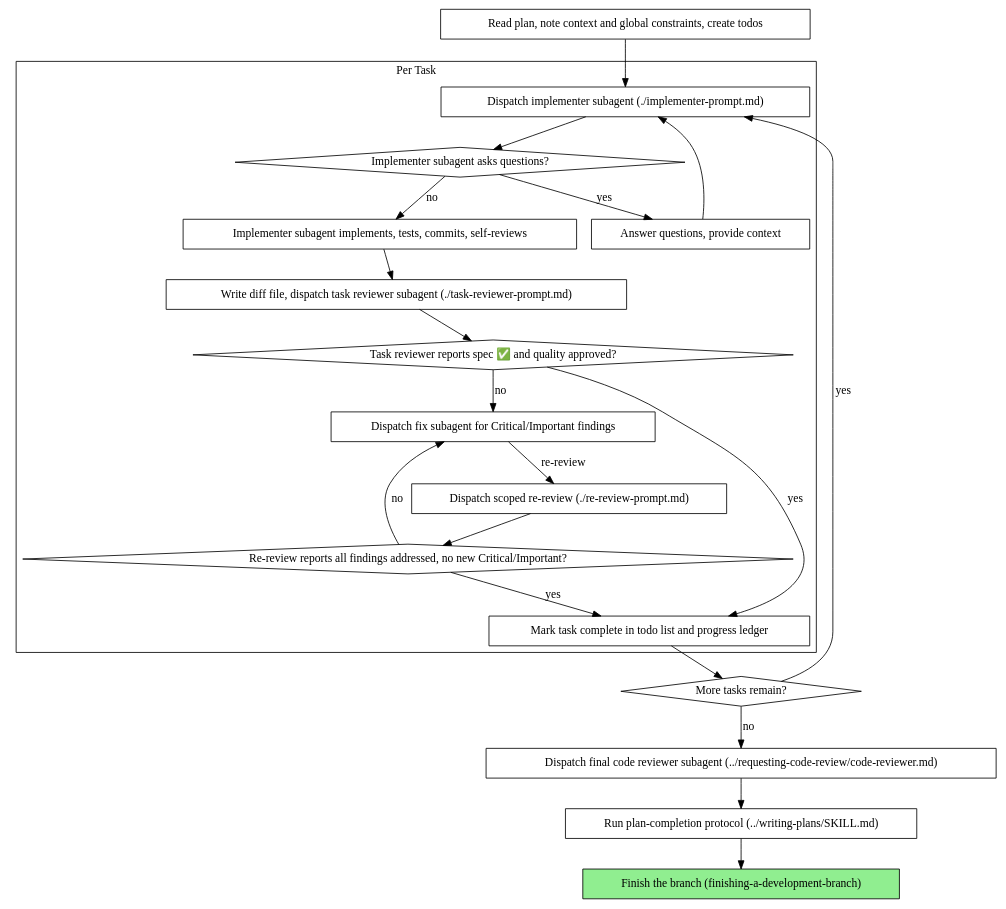
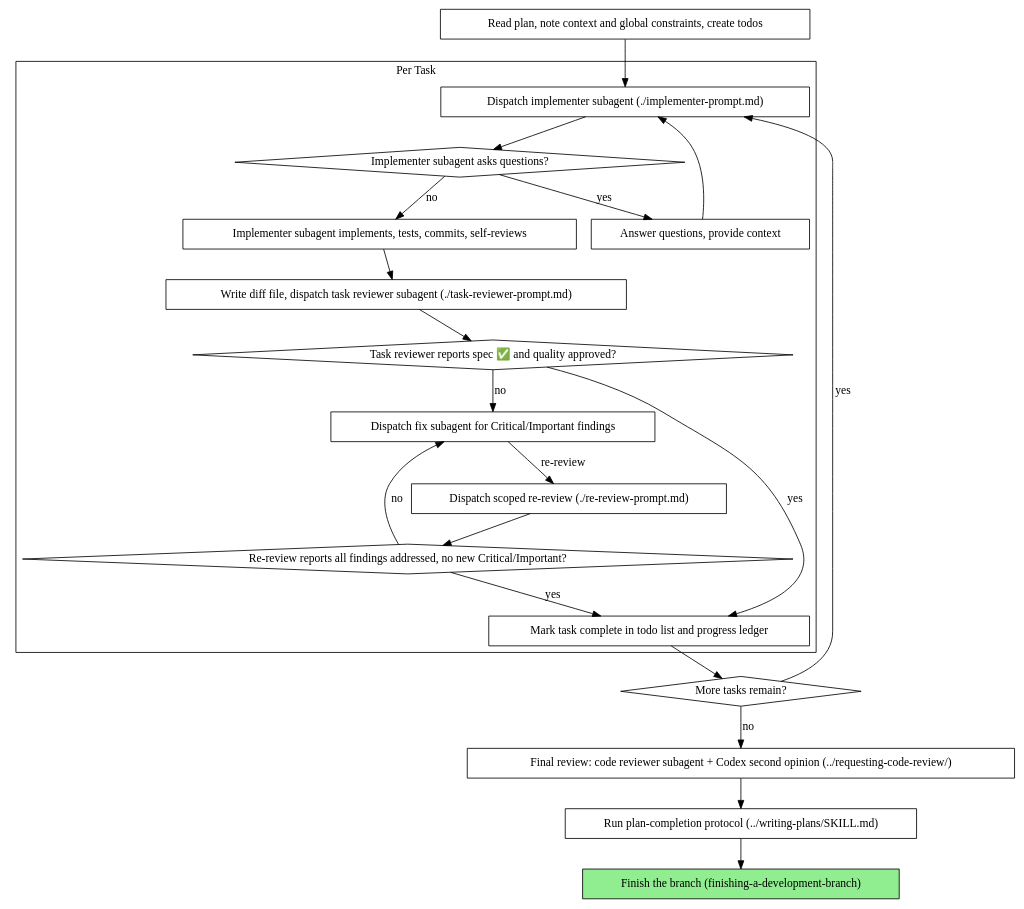
Before and after one commit to lowmason/agent-skills: the second of 2 diagrams in skills/subagent-driven-development/SKILL.md, drawn with Graphviz. The commit also changed other lines of this file and 6 other files, not shown here.

````diff
--- a/skills/subagent-driven-development/SKILL.md
+++ b/skills/subagent-driven-development/SKILL.md
@@ -52,44 +52,44 @@
 ```dot
 digraph process {
     rankdir=TB;
 
     subgraph cluster_per_task {
         label="Per Task";
         "Dispatch implementer subagent (./implementer-prompt.md)" [shape=box];
         "Implementer subagent asks questions?" [shape=diamond];
         "Answer questions, provide context" [shape=box];
         "Implementer subagent implements, tests, commits, self-reviews" [shape=box];
         "Write diff file, dispatch task reviewer subagent (./task-reviewer-prompt.md)" [shape=box];
         "Task reviewer reports spec ✅ and quality approved?" [shape=diamond];
         "Dispatch fix subagent for Critical/Important findings" [shape=box];
         "Dispatch scoped re-review (./re-review-prompt.md)" [shape=box];
         "Re-review reports all findings addressed, no new Critical/Important?" [shape=diamond];
         "Mark task complete in todo list and progress ledger" [shape=box];
     }
 
     "Read plan, note context and global constraints, create todos" [shape=box];
     "More tasks remain?" [shape=diamond];
-    "Dispatch final code reviewer subagent (../requesting-code-review/code-reviewer.md)" [shape=box];
+    "Final review: code reviewer subagent + Codex second opinion (../requesting-code-review/)" [shape=box];
     "Run plan-completion protocol (../writing-plans/SKILL.md)" [shape=box];
     "Finish the branch (finishing-a-development-branch)" [shape=box style=filled fillcolor=lightgreen];
 
     "Read plan, note context and global constraints, create todos" -> "Dispatch implementer subagent (./implementer-prompt.md)";
     "Dispatch implementer subagent (./implementer-prompt.md)" -> "Implementer subagent asks questions?";
     "Implementer subagent asks questions?" -> "Answer questions, provide context" [label="yes"];
     "Answer questions, provide context" -> "Dispatch implementer subagent (./implementer-prompt.md)";
     "Implementer subagent asks questions?" -> "Implementer subagent implements, tests, commits, self-reviews" [label="no"];
     "Implementer subagent implements, tests, commits, self-reviews" -> "Write diff file, dispatch task reviewer subagent (./task-reviewer-prompt.md)";
     "Write diff file, dispatch task reviewer subagent (./task-reviewer-prompt.md)" -> "Task reviewer reports spec ✅ and quality approved?";
     "Task reviewer reports spec ✅ and quality approved?" -> "Dispatch fix subagent for Critical/Important findings" [label="no"];
     "Task reviewer reports spec ✅ and quality approved?" -> "Mark task complete in todo list and progress ledger" [label="yes"];
     "Dispatch fix subagent for Critical/Important findings" -> "Dispatch scoped re-review (./re-review-prompt.md)" [label="re-review"];
     "Dispatch scoped re-review (./re-review-prompt.md)" -> "Re-review reports all findings addressed, no new Critical/Important?";
     "Re-review reports all findings addressed, no new Critical/Important?" -> "Dispatch fix subagent for Critical/Important findings" [label="no"];
     "Re-review reports all findings addressed, no new Critical/Important?" -> "Mark task complete in todo list and progress ledger" [label="yes"];
     "Mark task complete in todo list and progress ledger" -> "More tasks remain?";
     "More tasks remain?" -> "Dispatch implementer subagent (./implementer-prompt.md)" [label="yes"];
-    "More tasks remain?" -> "Dispatch final code reviewer subagent (../requesting-code-review/code-reviewer.md)" [label="no"];
-    "Dispatch final code reviewer subagent (../requesting-code-review/code-reviewer.md)" -> "Run plan-completion protocol (../writing-plans/SKILL.md)";
+    "More tasks remain?" -> "Final review: code reviewer subagent + Codex second opinion (../requesting-code-review/)" [label="no"];
+    "Final review: code reviewer subagent + Codex second opinion (../requesting-code-review/)" -> "Run plan-completion protocol (../writing-plans/SKILL.md)";
     "Run plan-completion protocol (../writing-plans/SKILL.md)" -> "Finish the branch (finishing-a-development-branch)";
 }
 ```
````
